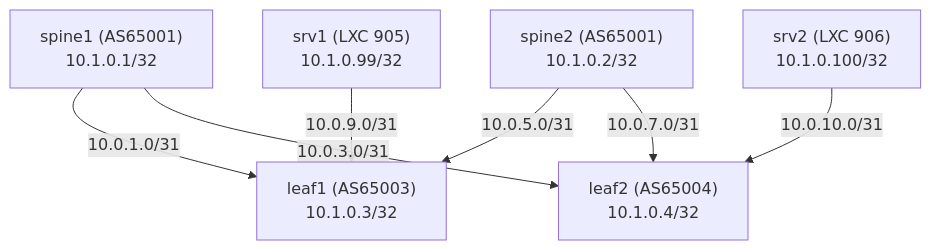
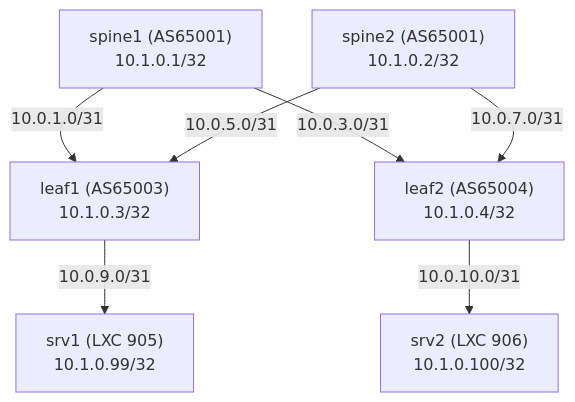
One commit to zteuser/SONiC changed the diagram in docs/design-ip-clos.md. Above: the diagram before and after it, drawn with Mermaid.

````diff
--- a/docs/design-ip-clos.md
+++ b/docs/design-ip-clos.md
@@ -29,15 +29,15 @@
 ```mermaid
 graph TD
     S1["spine1 (AS65001)<br/>10.1.0.1/32"]
     S2["spine2 (AS65001)<br/>10.1.0.2/32"]
     L1["leaf1 (AS65003)<br/>10.1.0.3/32"]
     L2["leaf2 (AS65004)<br/>10.1.0.4/32"]
     SRV1["srv1 (LXC 905)<br/>10.1.0.99/32"]
     SRV2["srv2 (LXC 906)<br/>10.1.0.100/32"]
     S1 -- "10.0.1.0/31" --> L1
     S1 -- "10.0.3.0/31" --> L2
     S2 -- "10.0.5.0/31" --> L1
     S2 -- "10.0.7.0/31" --> L2
-    SRV1 -- "10.0.9.0/31" --> L1
-    SRV2 -- "10.0.10.0/31" --> L2
+    L1 -- "10.0.9.0/31" --> SRV1
+    L2 -- "10.0.10.0/31" --> SRV2
 ```
````
